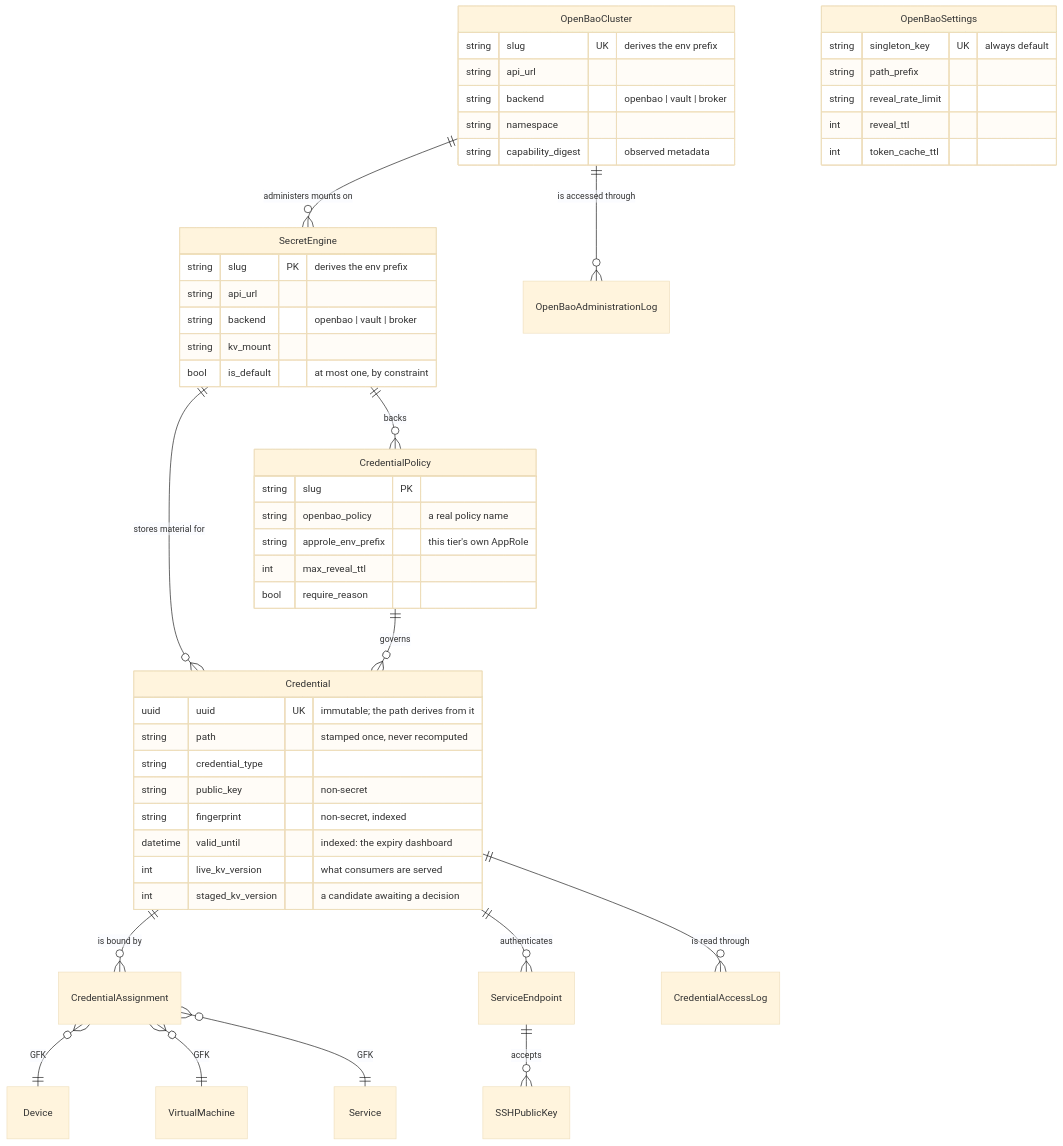
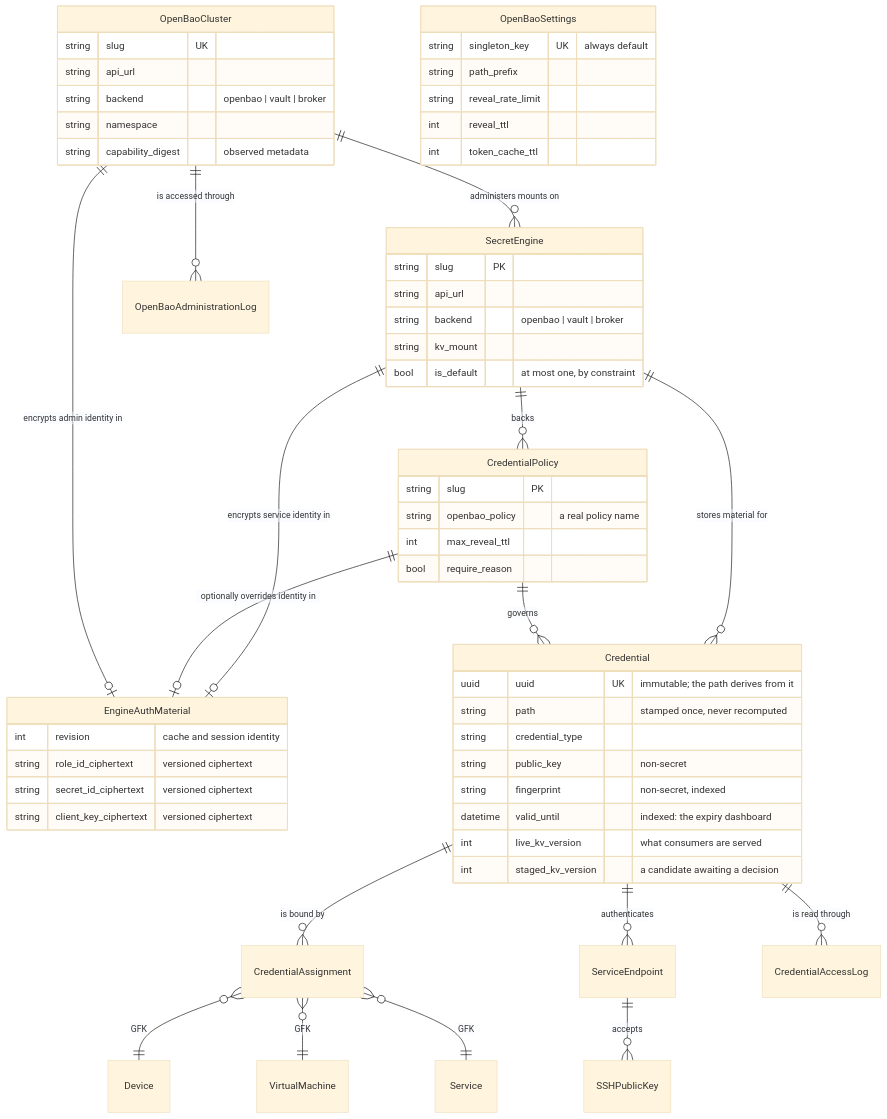
One commit to emersonfelipesp/netbox-openbao changed the diagram in docs/architecture/data-model.md. Above: the diagram before and after it, drawn with Mermaid (base theme). The commit also changed other lines of this file and 83 other files, not shown here.

First line of the commit message:
Promote the encrypted database-only OpenBao configuration to the release branch

````diff
--- a/docs/architecture/data-model.md
+++ b/docs/architecture/data-model.md
@@ -6,56 +6,64 @@
 ```mermaid
 erDiagram
     OpenBaoCluster ||--o{ SecretEngine : "administers mounts on"
     OpenBaoCluster ||--o{ OpenBaoAdministrationLog : "is accessed through"
     SecretEngine ||--o{ CredentialPolicy : "backs"
+    SecretEngine ||--o| EngineAuthMaterial : "encrypts service identity in"
+    CredentialPolicy ||--o| EngineAuthMaterial : "optionally overrides identity in"
+    OpenBaoCluster ||--o| EngineAuthMaterial : "encrypts admin identity in"
     SecretEngine ||--o{ Credential : "stores material for"
     CredentialPolicy ||--o{ Credential : "governs"
     Credential ||--o{ CredentialAssignment : "is bound by"
     Credential ||--o{ ServiceEndpoint : "authenticates"
     ServiceEndpoint ||--o{ SSHPublicKey : "accepts"
     Credential ||--o{ CredentialAccessLog : "is read through"
     CredentialAssignment }o--|| Device : "GFK"
     CredentialAssignment }o--|| VirtualMachine : "GFK"
     CredentialAssignment }o--|| Service : "GFK"
 
     OpenBaoSettings {
         string singleton_key UK "always default"
         string path_prefix
         string reveal_rate_limit
         int reveal_ttl
         int token_cache_ttl
     }
 
     OpenBaoCluster {
-        string slug UK "derives the env prefix"
+        string slug UK
         string api_url
         string backend "openbao | vault | broker"
         string namespace
         string capability_digest "observed metadata"
     }
 
     SecretEngine {
-        string slug PK "derives the env prefix"
+        string slug PK
         string api_url
         string backend "openbao | vault | broker"
         string kv_mount
         bool is_default "at most one, by constraint"
     }
     CredentialPolicy {
         string slug PK
         string openbao_policy "a real policy name"
-        string approle_env_prefix "this tier's own AppRole"
         int max_reveal_ttl
         bool require_reason
+    }
+    EngineAuthMaterial {
+        int revision "cache and session identity"
+        string role_id_ciphertext "versioned ciphertext"
+        string secret_id_ciphertext "versioned ciphertext"
+        string client_key_ciphertext "versioned ciphertext"
     }
     Credential {
         uuid uuid UK "immutable; the path derives from it"
         string path "stamped once, never recomputed"
         string credential_type
         string public_key "non-secret"
         string fingerprint "non-secret, indexed"
         datetime valid_until "indexed: the expiry dashboard"
         int live_kv_version "what consumers are served"
         int staged_kv_version "a candidate awaiting a decision"
     }
 ```
````
